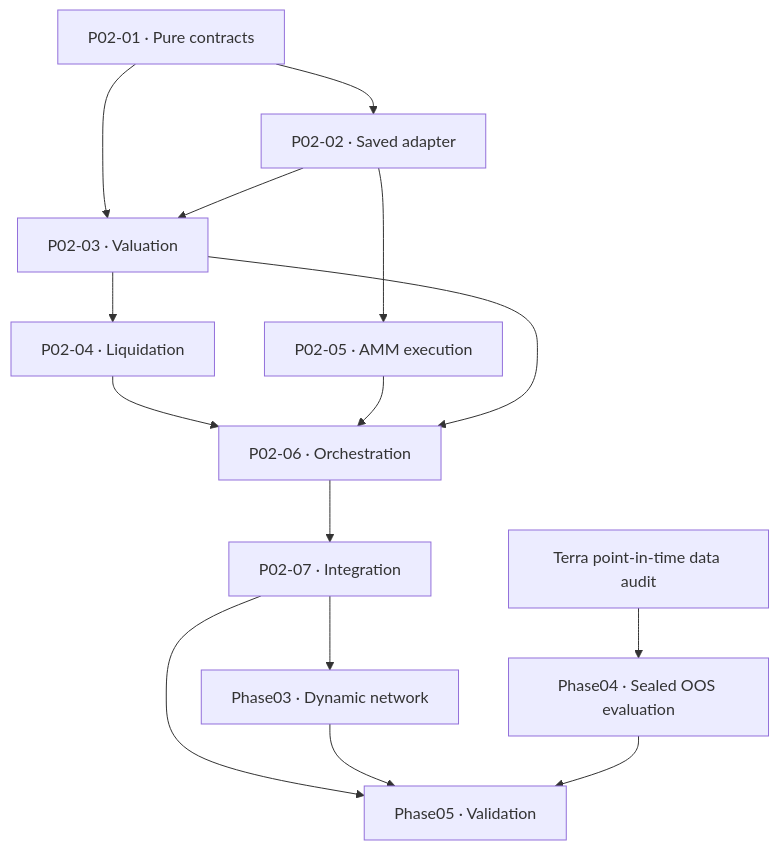
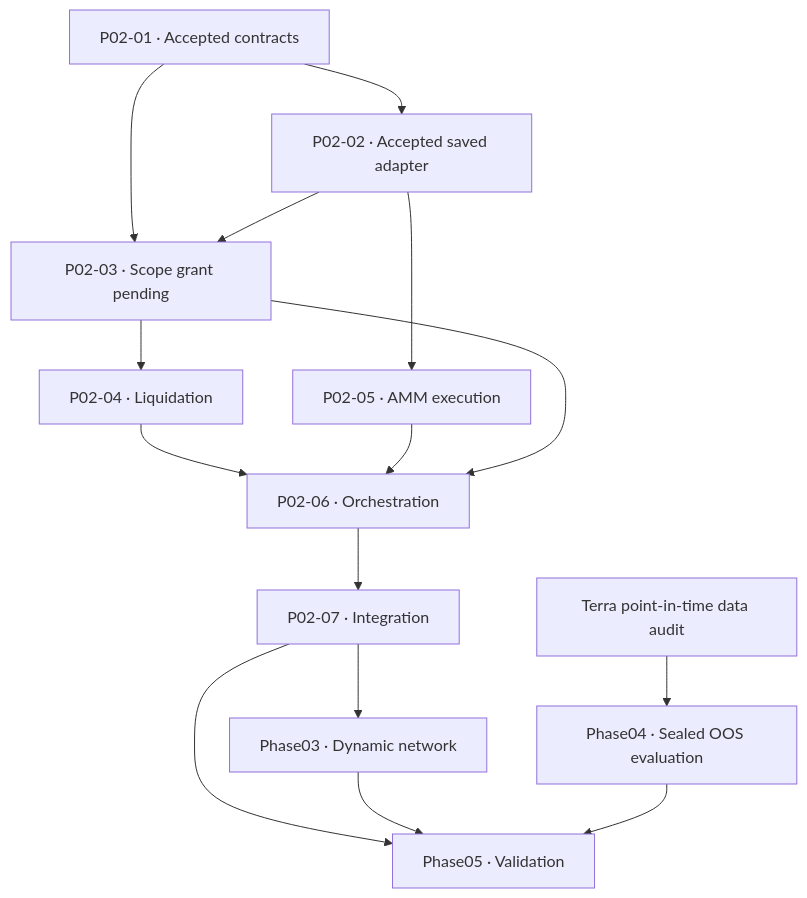
One commit to Doquocdung1609/DeFiStress changed the diagram in docs/research_v2/program_control/PROGRAM_CONTROL.md. Above: the diagram before and after it, drawn with Mermaid. The commit also changed other lines of this file and 2 other files, not shown here.

````diff
--- a/docs/research_v2/program_control/PROGRAM_CONTROL.md
+++ b/docs/research_v2/program_control/PROGRAM_CONTROL.md
@@ -47,17 +59,17 @@
 ```mermaid
 flowchart TD
-  P1["P02-01 · Pure contracts"] --> P2["P02-02 · Saved adapter"]
-  P1 --> P3["P02-03 · Valuation"]
+  P1["P02-01 · Accepted contracts"] --> P2["P02-02 · Accepted saved adapter"]
+  P1 --> P3["P02-03 · Scope grant pending"]
   P2 --> P3
   P2 --> P5["P02-05 · AMM execution"]
   P3 --> P4["P02-04 · Liquidation"]
   P4 --> P6["P02-06 · Orchestration"]
   P5 --> P6
   P3 --> P6
   P6 --> P7["P02-07 · Integration"]
   P7 --> N["Phase03 · Dynamic network"]
   P7 --> V["Phase05 · Validation"]
   N --> V
   D["Terra point-in-time data audit"] --> T["Phase04 · Sealed OOS evaluation"]
   T --> V
 ```
````
